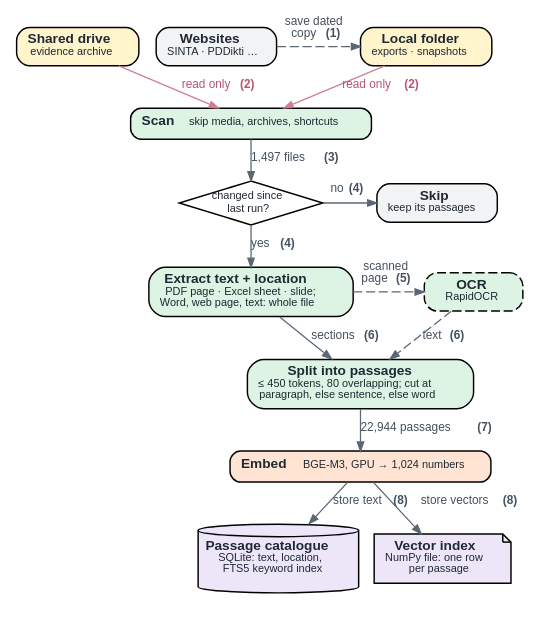
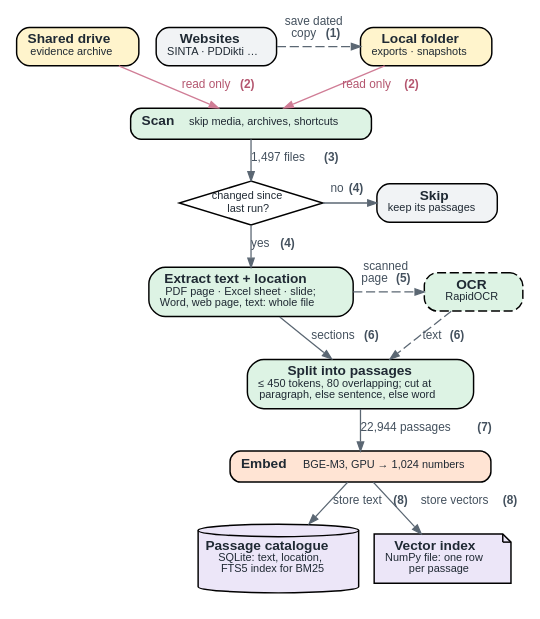
One commit to alfa-yohannis/akreditasi changed the diagram in publications/paper/diagrams/ingestion.dot. Above: the diagram before and after it, drawn with Graphviz. The commit also changed 16 other files, not shown here.

```diff
--- a/publications/paper/diagrams/ingestion.dot
+++ b/publications/paper/diagrams/ingestion.dot
@@ -1,62 +1,62 @@
 // Fig. 2 — indexing pipeline. Rendered by render_diagrams.py.
 // Same pastel palette as architecture.dot. Sized for one IEEE column (252 pt).
 digraph ingestion {
   graph [rankdir=TB, newrank=true, fontname="Helvetica", nodesep=0.12, ranksep=0.15,
          pad="0.02,0.09", splines=line, bgcolor="white"];
   node  [shape=box, style="rounded,filled", fontname="Helvetica", fontsize=7.5,
          fontcolor="#1F2933", penwidth=0.8, margin="0.09,0.05", height=0.24];
   edge  [color="#5B6773", penwidth=0.7, arrowsize=0.5, fontname="Helvetica",
          fontsize=6.5, fontcolor="#44515E"];
 
   drive    [fillcolor="#FFF4CC", color="black",
             label=<<B>Shared drive</B><BR/><FONT POINT-SIZE="6.5">evidence archive</FONT>>];
   localdir [fillcolor="#FFF4CC", color="black",
             label=<<B>Local folder</B><BR/><FONT POINT-SIZE="6.5">exports · snapshots</FONT>>];
   websites [fillcolor="#F1F3F5", color="black",
             label=<<B>Websites</B><BR/><FONT POINT-SIZE="6.5">SINTA · PDDikti …</FONT>>];
 
   scan     [fillcolor="#DDF3E4", color="black",
             label=<<B>Scan</B>  <FONT POINT-SIZE="6.5">skip media, archives, shortcuts</FONT>>];
 
   changed  [shape=diamond, style="filled", fillcolor="#FFFFFF", color="black",
             margin="0.01,0.005", height=0.34, width=0.95,
             label=<<FONT POINT-SIZE="6.5">changed since<BR/>last run?</FONT>>];
   skip     [fillcolor="#F1F3F5", color="black",
             label=<<B>Skip</B><BR/><FONT POINT-SIZE="6.5">keep its passages</FONT>>];
 
   extract  [fillcolor="#DDF3E4", color="black",
             label=<<B>Extract text + location</B><BR/><FONT POINT-SIZE="6.5">PDF page · Excel sheet · slide;<BR/>Word, web page, text: whole file</FONT>>];
   ocr      [fillcolor="#DDF3E4", color="black", style="rounded,filled,dashed",
             label=<<B>OCR</B><BR/><FONT POINT-SIZE="6.5">RapidOCR</FONT>>];
 
   split    [fillcolor="#DDF3E4", color="black",
             label=<<B>Split into passages</B><BR/><FONT POINT-SIZE="6.5">≤ 450 tokens, 80 overlapping; cut at<BR/>paragraph, else sentence, else word</FONT>>];
   embed    [fillcolor="#FFE4D4", color="black",
             label=<<B>Embed</B>  <FONT POINT-SIZE="6.5">BGE-M3, GPU → 1,024 numbers</FONT>>];
 
   // two separate stores, joined only by the passage id
   catalogue [shape=cylinder, style="filled", fillcolor="#ECE6F8", color="black", margin="0.06,0.05",
-             label=<<B>Passage catalogue</B><BR/><FONT POINT-SIZE="6.5">SQLite: text, location,<BR/>FTS5 keyword index</FONT>>];
+             label=<<B>Passage catalogue</B><BR/><FONT POINT-SIZE="6.5">SQLite: text, location,<BR/>FTS5 index for BM25</FONT>>];
   vectors   [shape=note, style="filled", fillcolor="#ECE6F8", color="black", margin="0.08,0.05",
              label=<<B>Vector index</B><BR/><FONT POINT-SIZE="6.5">NumPy file: one row<BR/>per passage</FONT>>];
   { rank=same; catalogue; vectors; }
 
   { rank=same; drive; localdir; websites; }
   { rank=same; changed; skip; }
   { rank=same; extract; ocr; }
 
   // Every edge says what it does or what flows along it, ending with its step.
   drive -> localdir [style=invis];
   websites -> localdir [style=dashed, label=<save dated<BR/>copy <B>(1)</B>>];
   drive -> scan [color="#D07D96", fontcolor="#B4566F", label=<read only <B>(2)</B> >];
   localdir -> scan [color="#D07D96", fontcolor="#B4566F", label=< read only <B>(2)</B>>];
   scan -> changed [label=< 1,497 files <B>(3)</B>>];
   changed -> skip [label=<no <B>(4)</B>>];
   changed -> extract [label=< yes <B>(4)</B>>];
   extract -> ocr [style=dashed, label=<scanned<BR/>page <B>(5)</B>>];
   ocr -> split [style=dashed, class="mid east", label=<text <B>(6)</B>>];
   extract -> split [label=<sections <B>(6)</B> >];
   split -> embed [label=< 22,944 passages <B>(7)</B>>];
   embed -> catalogue [class="mid left", label=<store text <B>(8)</B>>];
   embed -> vectors [class="mid right", label=<store vectors <B>(8)</B>>];
 }
```
